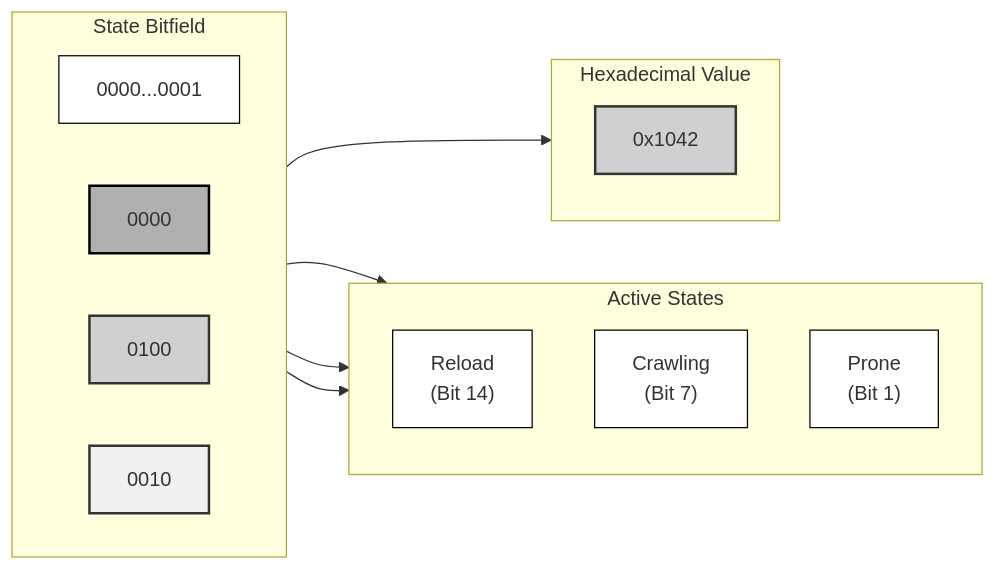
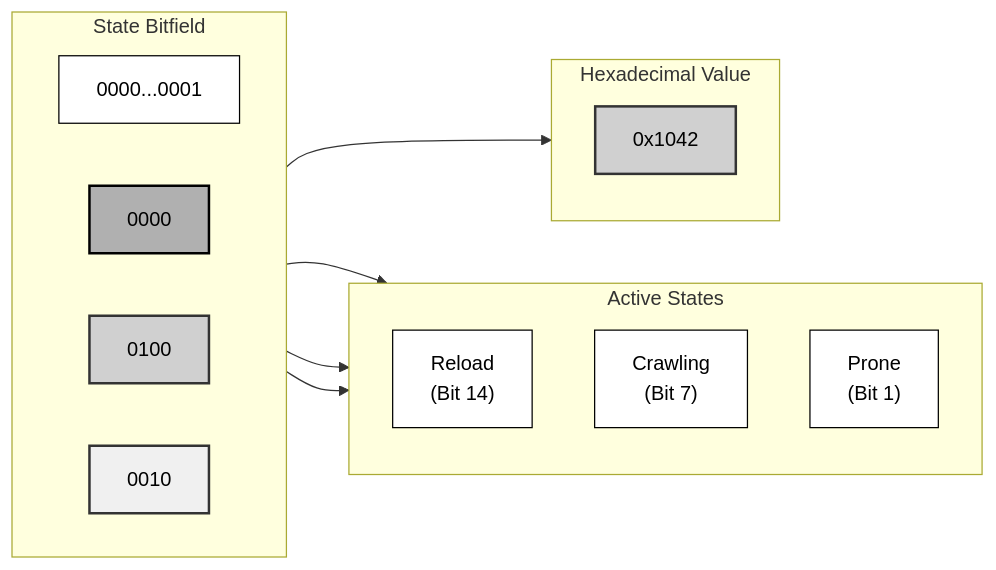
One commit to jukofyork/close-combat-architecture-study changed the second of 10 diagrams in appendix_a_state_world_systems.md. Above: the diagram before and after it, drawn with Mermaid. The commit also changed other lines of this file and 15 other files, not shown here.

````diff
--- a/appendix_a_state_world_systems.md
+++ b/appendix_a_state_world_systems.md
@@ -157,37 +157,37 @@
 ```mermaid
 flowchart LR
     subgraph StateRepresentation["State Bitfield"]
         direction LR
         unused["0000...0001"]
         reloadBits["0000"]
         crawlBits["0100"]
         proneBits["0010"]
     end
     
     subgraph ActiveStates["Active States"]
         direction TB
         reload["Reload<br>(Bit 14)"]
         crawl["Crawling<br>(Bit 7)"]
         prone["Prone<br>(Bit 1)"]
     end
     
     subgraph HexValue["Hexadecimal Value"]
         hex["0x1042"]
     end
     
     reloadBits --> reload
     crawlBits --> crawl
     proneBits --> prone
     
     StateRepresentation --> HexValue
     
-    classDef default fill:#fff,stroke:#000,stroke-width:1px
-    classDef light fill:#f0f0f0,stroke:#333,stroke-width:2px
-    classDef medium fill:#d0d0d0,stroke:#333,stroke-width:2px
-    classDef dark fill:#b0b0b0,stroke:#000,stroke-width:2px
+    classDef default fill:#fff,stroke:#000,stroke-width:1px,color:#000
+    classDef light fill:#f0f0f0,stroke:#333,stroke-width:2px,color:#000
+    classDef medium fill:#d0d0d0,stroke:#333,stroke-width:2px,color:#000
+    classDef dark fill:#b0b0b0,stroke:#000,stroke-width:2px,color:#000
     
     class reloadBits dark
     class crawlBits medium
     class proneBits light
     class hex medium
 ```
````
